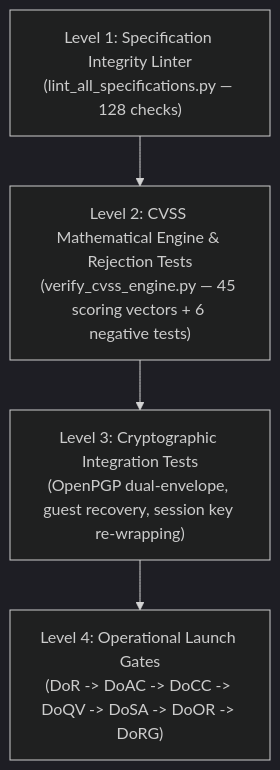
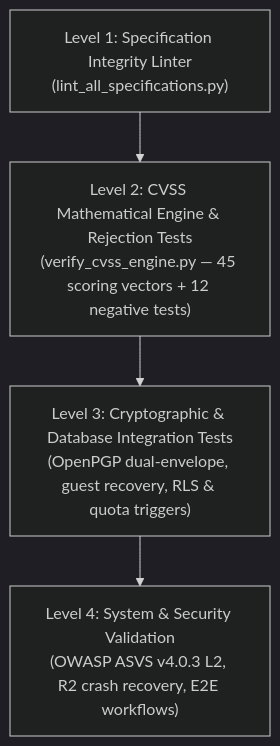
One commit to Taha-Asad/BugBountyTracker changed the diagram in README.md. Above: the diagram before and after it, drawn with Mermaid (dark theme). The commit also changed other lines of this file and 9 other files, not shown here.

````diff
--- a/README.md
+++ b/README.md
@@ -115,6 +115,6 @@
 ```mermaid
 flowchart TD
-    L1["Level 1: Specification Integrity Linter<br/>(lint_all_specifications.py — 128 checks)"] --> L2["Level 2: CVSS Mathematical Engine & Rejection Tests<br/>(verify_cvss_engine.py — 45 scoring vectors + 6 negative tests)"]
-    L2 --> L3["Level 3: Cryptographic Integration Tests<br/>(OpenPGP dual-envelope, guest recovery, session key re-wrapping)"]
-    L3 --> L4["Level 4: Operational Launch Gates<br/>(DoR -> DoAC -> DoCC -> DoQV -> DoSA -> DoOR -> DoRG)"]
+    L1["Level 1: Specification Integrity Linter<br/>(lint_all_specifications.py)"] --> L2["Level 2: CVSS Mathematical Engine & Rejection Tests<br/>(verify_cvss_engine.py — 45 scoring vectors + 12 negative tests)"]
+    L2 --> L3["Level 3: Cryptographic & Database Integration Tests<br/>(OpenPGP dual-envelope, guest recovery, RLS & quota triggers)"]
+    L3 --> L4["Level 4: System & Security Validation<br/>(OWASP ASVS v4.0.3 L2, R2 crash recovery, E2E workflows)"]
 ```
````
